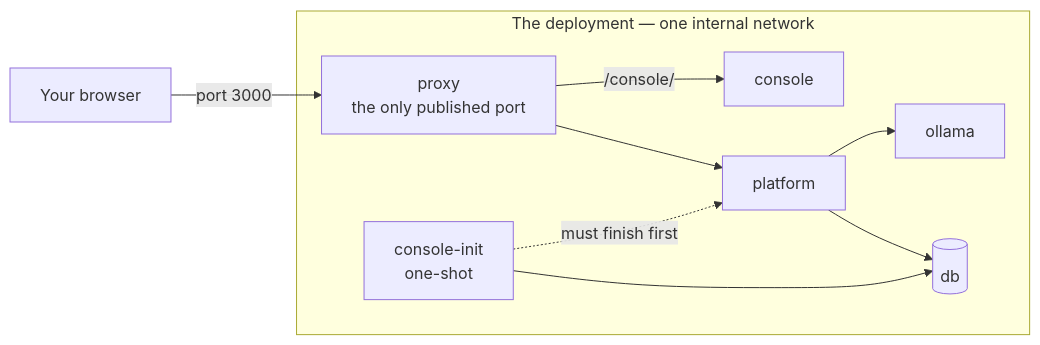
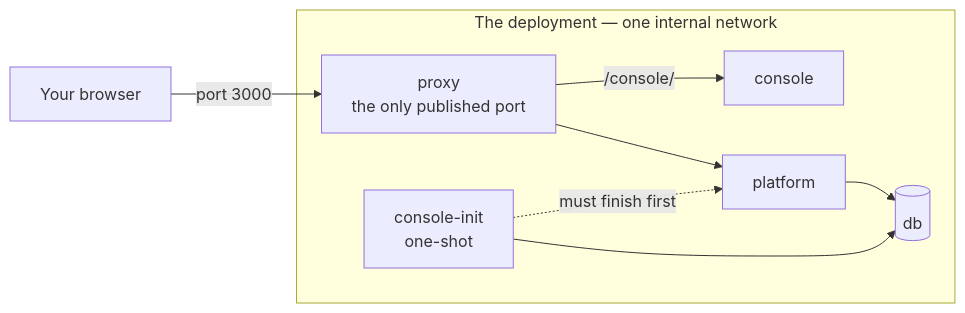
One commit to dether-net/dethernety-oss changed the diagram in docs/user/byodt/README.md. Above: the diagram before and after it, drawn with Mermaid. The commit also changed other lines of this file and 99 other files, not shown here.

````diff
--- a/docs/user/byodt/README.md
+++ b/docs/user/byodt/README.md
@@ -39,21 +38,19 @@
 ```mermaid
 graph LR
   B[Your browser]
 
   subgraph D[The deployment — one internal network]
     P[proxy<br/>the only published port]
     PL[platform]
     C[console]
     DB[(db)]
-    OL[ollama]
     I[console-init<br/>one-shot]
   end
 
   B -->|port 3000| P
   P --> PL
   P -->|/console/| C
   PL --> DB
-  PL --> OL
   I --> DB
   I -.->|must finish first| PL
 ```
````
